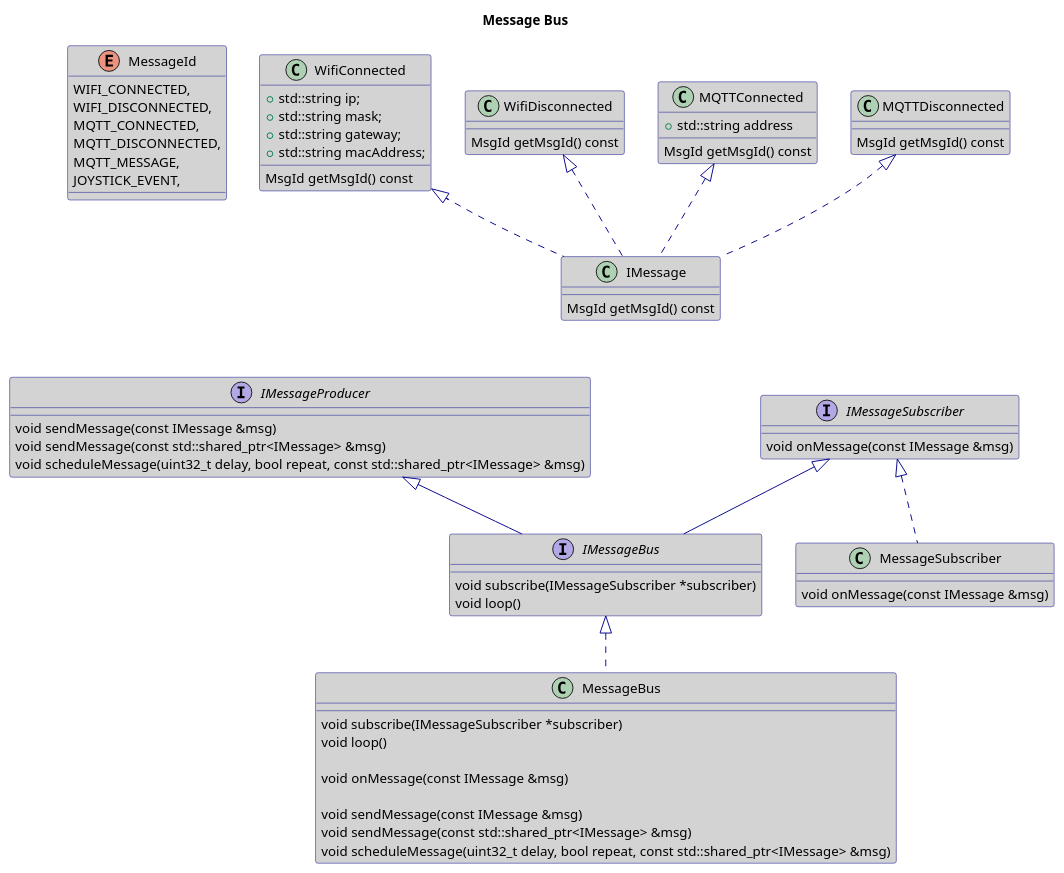
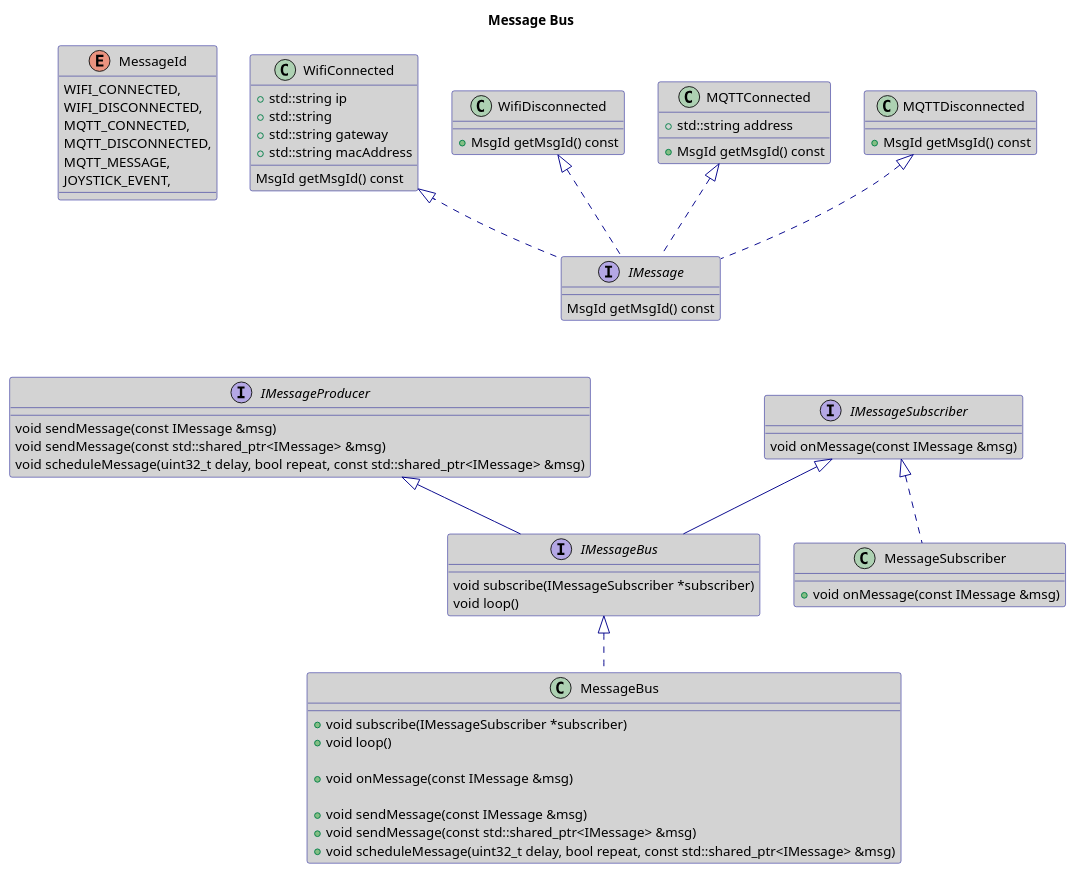
The diagram in MessageBus.puml (darvik80/esp32-core), drawn with PlantUML before and after one commit. The commit also changed 1 other file, not shown here.

```diff
--- a/MessageBus.puml
+++ b/MessageBus.puml
@@ -1,93 +1,93 @@
 @startuml
 'https://plantuml.com/class-diagram
 
 skinparam backgroundcolor White
 skinparam classBackgroundColor LightGray
 skinparam arrowColor DarkBlue
 skinparam classBorderColor DarkBlue
 
 title Message Bus
 
 enum MessageId {
     WIFI_CONNECTED,
     WIFI_DISCONNECTED,
     MQTT_CONNECTED,
     MQTT_DISCONNECTED,
     MQTT_MESSAGE,
     JOYSTICK_EVENT,
 }
 
-class IMessage {
+interface IMessage {
     MsgId getMsgId() const
 }
 
 class WifiConnected {
-    +std::string ip;
-    +std::string mask;
-    +std::string gateway;
-    +std::string macAddress;
+    +std::string ip
+    +std::string
+    +std::string gateway
+    +std::string macAddress
 
     MsgId getMsgId() const
 }
 
 WifiConnected <|.. IMessage
 
 class WifiDisconnected {
-    MsgId getMsgId() const
+    +MsgId getMsgId() const
 }
 
 WifiDisconnected <|.. IMessage
 
 class MQTTConnected {
     +std::string address
-    MsgId getMsgId() const
+    +MsgId getMsgId() const
 }
 
 MQTTConnected <|.. IMessage
 
 class MQTTDisconnected {
-    MsgId getMsgId() const
+    +MsgId getMsgId() const
 }
 
 MQTTDisconnected <|.. IMessage
 
 interface IMessageSubscriber {
     void onMessage(const IMessage &msg)
 }
 
 interface IMessageProducer {
     void sendMessage(const IMessage &msg)
     void sendMessage(const std::shared_ptr<IMessage> &msg)
     void scheduleMessage(uint32_t delay, bool repeat, const std::shared_ptr<IMessage> &msg)
 }
 
 interface IMessageBus {
     void subscribe(IMessageSubscriber *subscriber)
     void loop()
 }
 
 IMessageProducer <|-- IMessageBus
 IMessageSubscriber <|-- IMessageBus
 
 class MessageSubscriber {
-    void onMessage(const IMessage &msg)
+    +void onMessage(const IMessage &msg)
 }
 
 IMessageSubscriber <|.. MessageSubscriber
 
 class MessageBus {
-    void subscribe(IMessageSubscriber *subscriber)
-    void loop()
+    +void subscribe(IMessageSubscriber *subscriber)
+    +void loop()
 
-    void onMessage(const IMessage &msg)
+    +void onMessage(const IMessage &msg)
 
-    void sendMessage(const IMessage &msg)
-    void sendMessage(const std::shared_ptr<IMessage> &msg)
-    void scheduleMessage(uint32_t delay, bool repeat, const std::shared_ptr<IMessage> &msg)
+    +void sendMessage(const IMessage &msg)
+    +void sendMessage(const std::shared_ptr<IMessage> &msg)
+    +void scheduleMessage(uint32_t delay, bool repeat, const std::shared_ptr<IMessage> &msg)
 }
 
 IMessageBus <|.. MessageBus
 
 IMessage --d[hidden]-> IMessageBus
 
 @enduml
```
